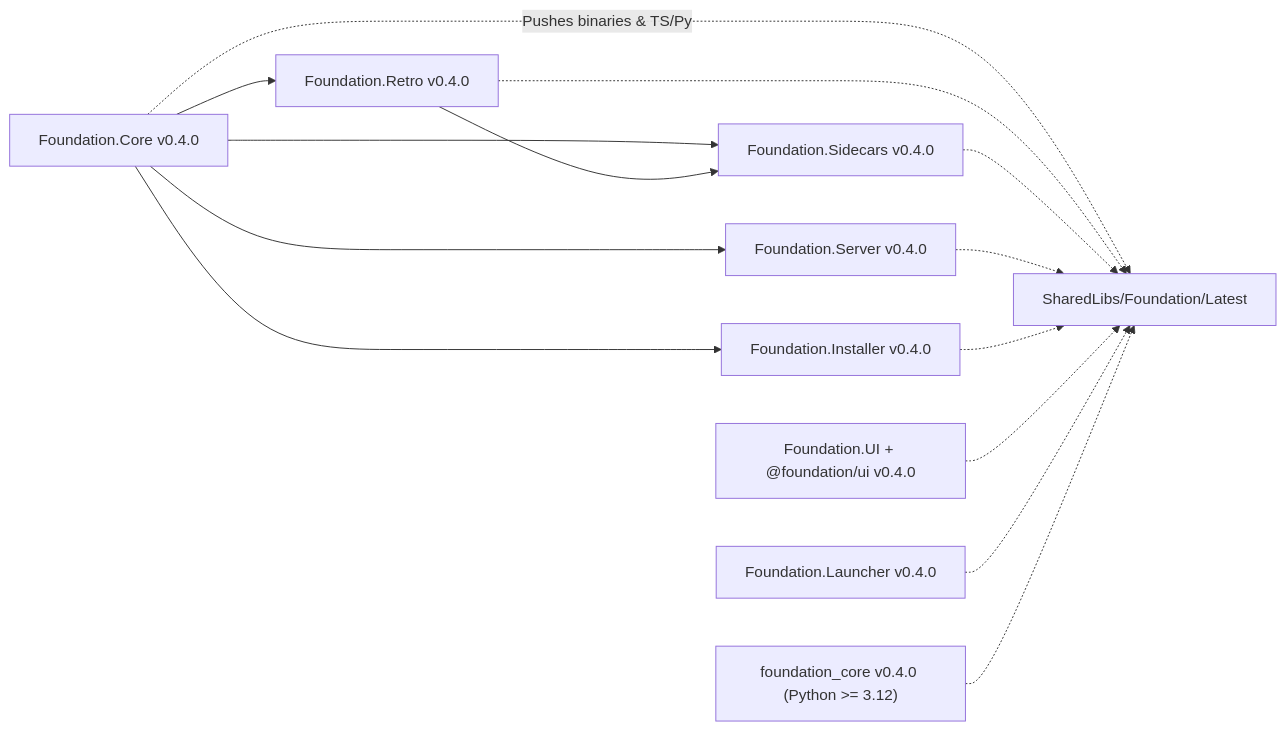
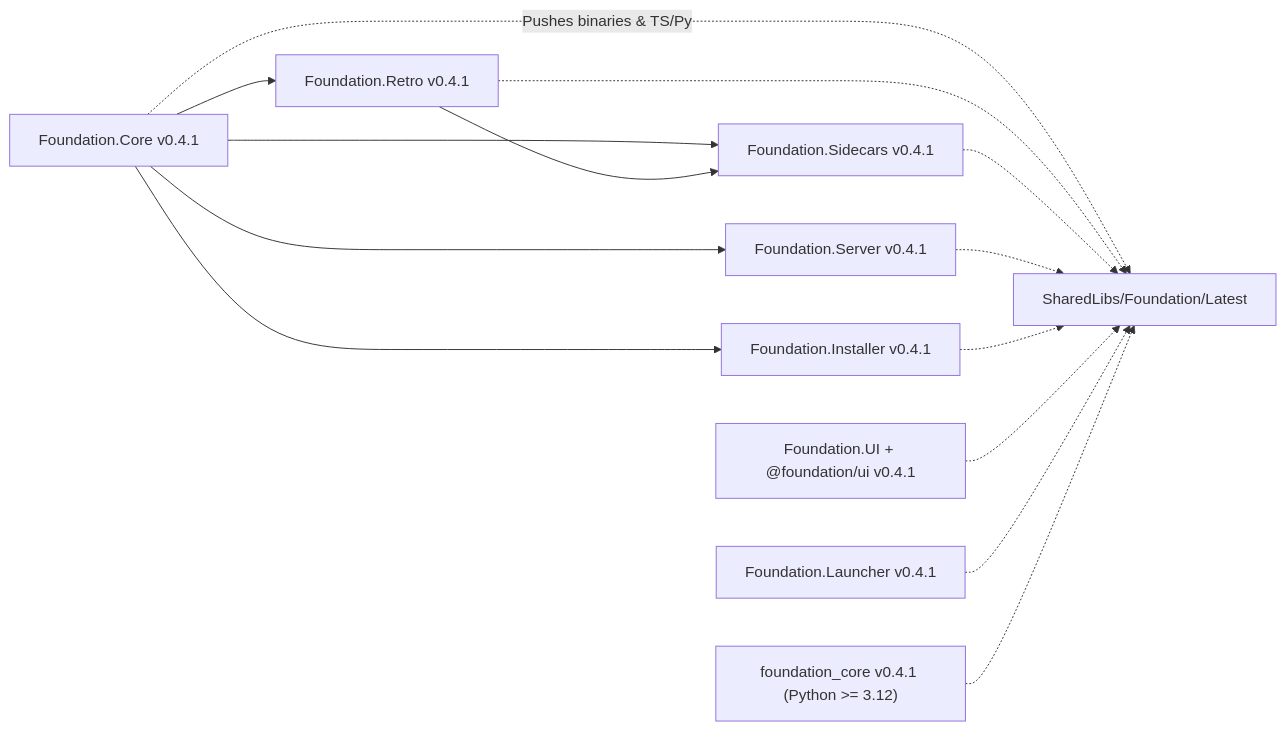
One commit to StreamItAllGit/Foundation changed the diagram in Dev/docs/ARCHITECTURE.md. Above: the diagram before and after it, drawn with Mermaid. The commit also changed other lines of this file and 39 other files, not shown here.

Commit message:
release(foundation): v0.4.1 visible-by-default --test-mode, full installer profile & live preview helper

````diff
--- a/Dev/docs/ARCHITECTURE.md
+++ b/Dev/docs/ARCHITECTURE.md
@@ -12,26 +12,26 @@
 ```mermaid
 flowchart LR
-    Core["Foundation.Core v0.4.0"]
-    Retro["Foundation.Retro v0.4.0"]
-    Sidecars["Foundation.Sidecars v0.4.0"]
-    Server["Foundation.Server v0.4.0"]
-    Installer["Foundation.Installer v0.4.0"]
-    UI["Foundation.UI + @foundation/ui v0.4.0"]
-    Launcher["Foundation.Launcher v0.4.0"]
-    PyCore["foundation_core v0.4.0 (Python >= 3.12)"]
+    Core["Foundation.Core v0.4.1"]
+    Retro["Foundation.Retro v0.4.1"]
+    Sidecars["Foundation.Sidecars v0.4.1"]
+    Server["Foundation.Server v0.4.1"]
+    Installer["Foundation.Installer v0.4.1"]
+    UI["Foundation.UI + @foundation/ui v0.4.1"]
+    Launcher["Foundation.Launcher v0.4.1"]
+    PyCore["foundation_core v0.4.1 (Python >= 3.12)"]
     Hub["SharedLibs/Foundation/Latest"]
 
     Core --> Retro
     Core --> Sidecars
     Retro --> Sidecars
     Core --> Server
     Core --> Installer
     Core -. "Pushes binaries & TS/Py" .-> Hub
     Retro -.-> Hub
     Sidecars -.-> Hub
     Server -.-> Hub
     Installer -.-> Hub
     UI -.-> Hub
     Launcher -.-> Hub
     PyCore -.-> Hub
 ```
````
